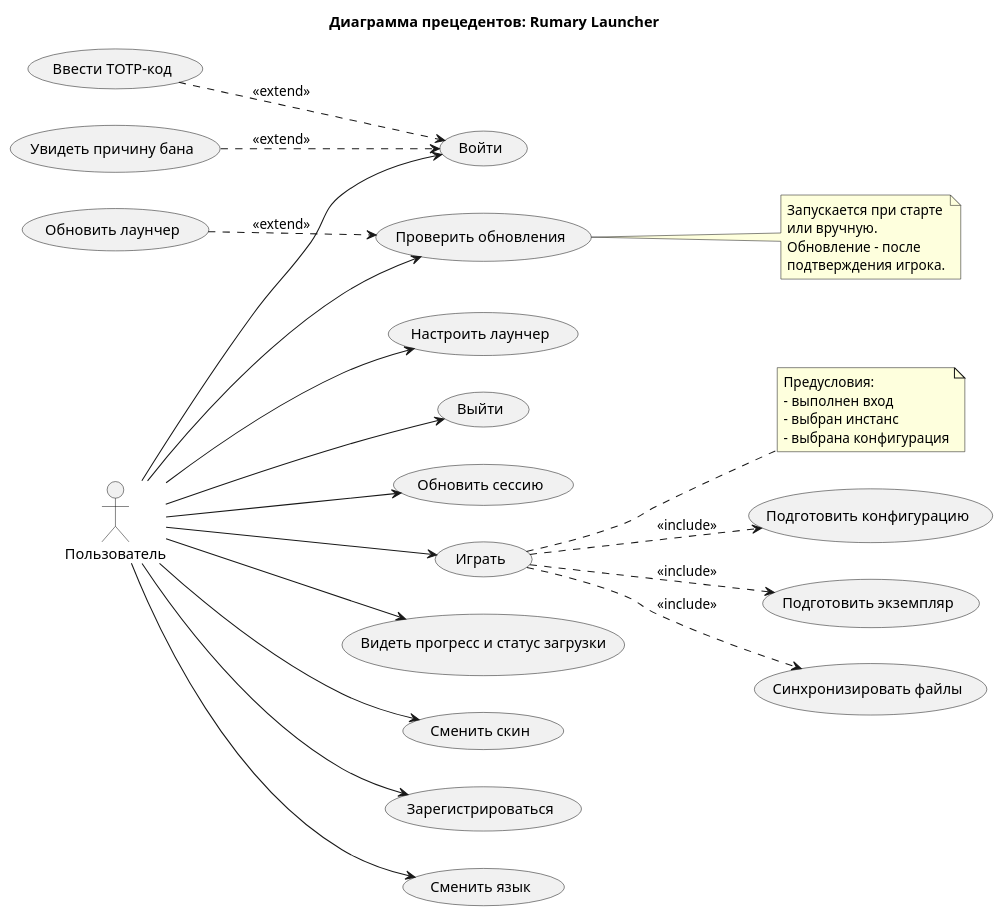
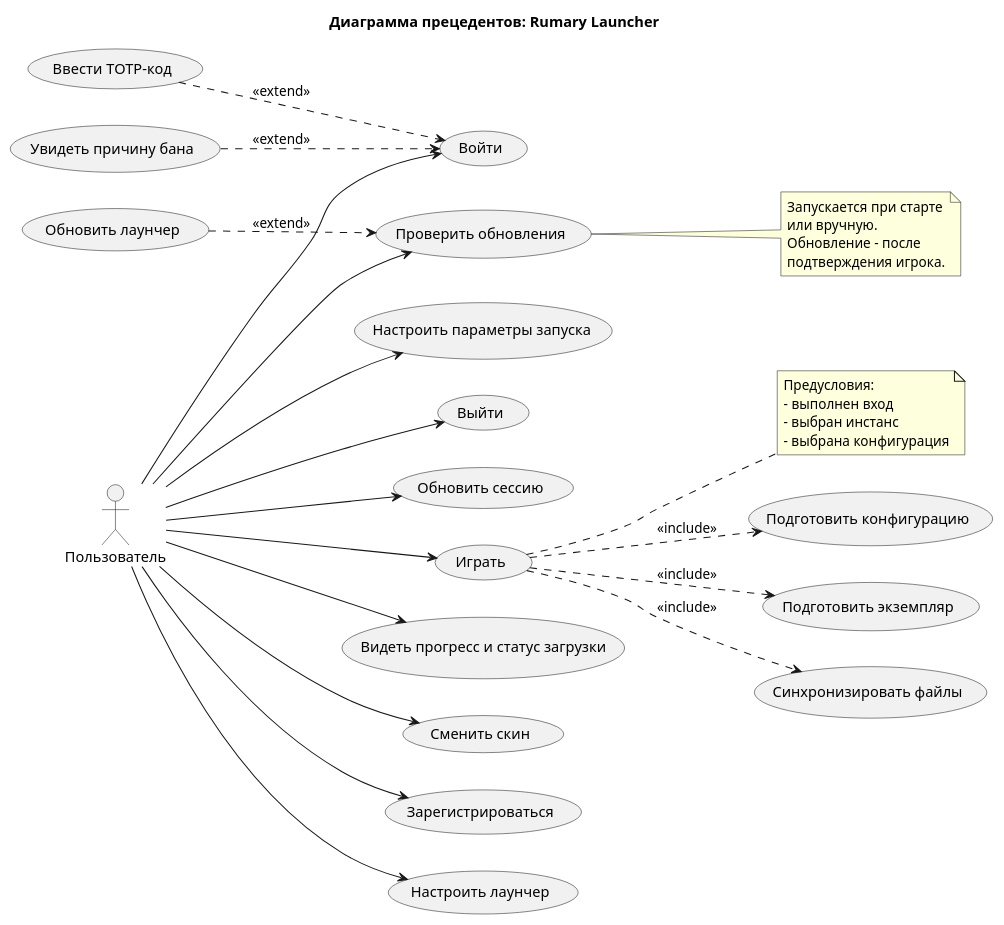
One commit to DaimonCity/Systems changed the diagram in ПИС/rumary-launcher-cases.puml. Above: the diagram before and after it, drawn with PlantUML. The commit also changed 1 other file, not shown here.

```diff
--- a/ПИС/rumary-launcher-cases.puml
+++ b/ПИС/rumary-launcher-cases.puml
@@ -1,72 +1,72 @@
 @startuml launcher-use-cases
 title Диаграмма прецедентов: Rumary Launcher
 
 left to right direction
 skinparam shadowing false
 skinparam packageStyle rectangle
 
 actor "Пользователь" as Player
 
   ' --- Аккаунт ---
   usecase "Зарегистрироваться" as UC_Register
   usecase "Войти" as UC_Login
   usecase "Ввести TOTP-код" as UC_Totp
   usecase "Увидеть причину бана" as UC_BanReason
   usecase "Выйти" as UC_Logout
   usecase "Обновить сессию" as UC_Refresh
 
   ' --- Игра ---
   usecase "Играть" as UC_Play
   usecase "Подготовить конфигурацию" as UC_PrepareConfig
   usecase "Подготовить экземпляр" as UC_PrepareInstance
   usecase "Синхронизировать файлы" as UC_SyncFiles
   usecase "Видеть прогресс и статус загрузки" as UC_Status
 
   ' --- Скин ---
   usecase "Сменить скин" as UC_Skin
 
   ' --- Обновление лаунчера ---
   usecase "Проверить обновления" as UC_CheckUpdate
   usecase "Обновить лаунчер" as UC_Update
 
   ' --- Настройки ---
-  usecase "Сменить язык" as UC_Language
   usecase "Настроить лаунчер" as UC_Settings
-  
+  usecase "Настроить параметры запуска" as UC_LaunchConfig
+
 ' ===== Игрок =====
 Player --> UC_Register
 Player --> UC_Login
 Player --> UC_Logout
 Player --> UC_Play
 Player --> UC_Status
 Player --> UC_Skin
 Player --> UC_CheckUpdate
-Player --> UC_Language
 Player --> UC_Settings
+Player --> UC_LaunchConfig
 Player --> UC_Refresh
 
 ' ===== Отношения между прецедентами =====
 UC_Totp ..> UC_Login : <<extend>>
 UC_BanReason ..> UC_Login : <<extend>>
 
 UC_Play ..> UC_PrepareConfig : <<include>>
 UC_Play ..> UC_PrepareInstance : <<include>>
 UC_Play ..> UC_SyncFiles : <<include>>
 
 UC_Update ..> UC_CheckUpdate : <<extend>>
 
 note right of UC_Play
   Предусловия:
   - выполнен вход
   - выбран инстанс
   - выбрана конфигурация
 end note
 
 note right of UC_CheckUpdate
   Запускается при старте
   или вручную.
   Обновление - после
   подтверждения игрока.
 end note
 
 @enduml
```
